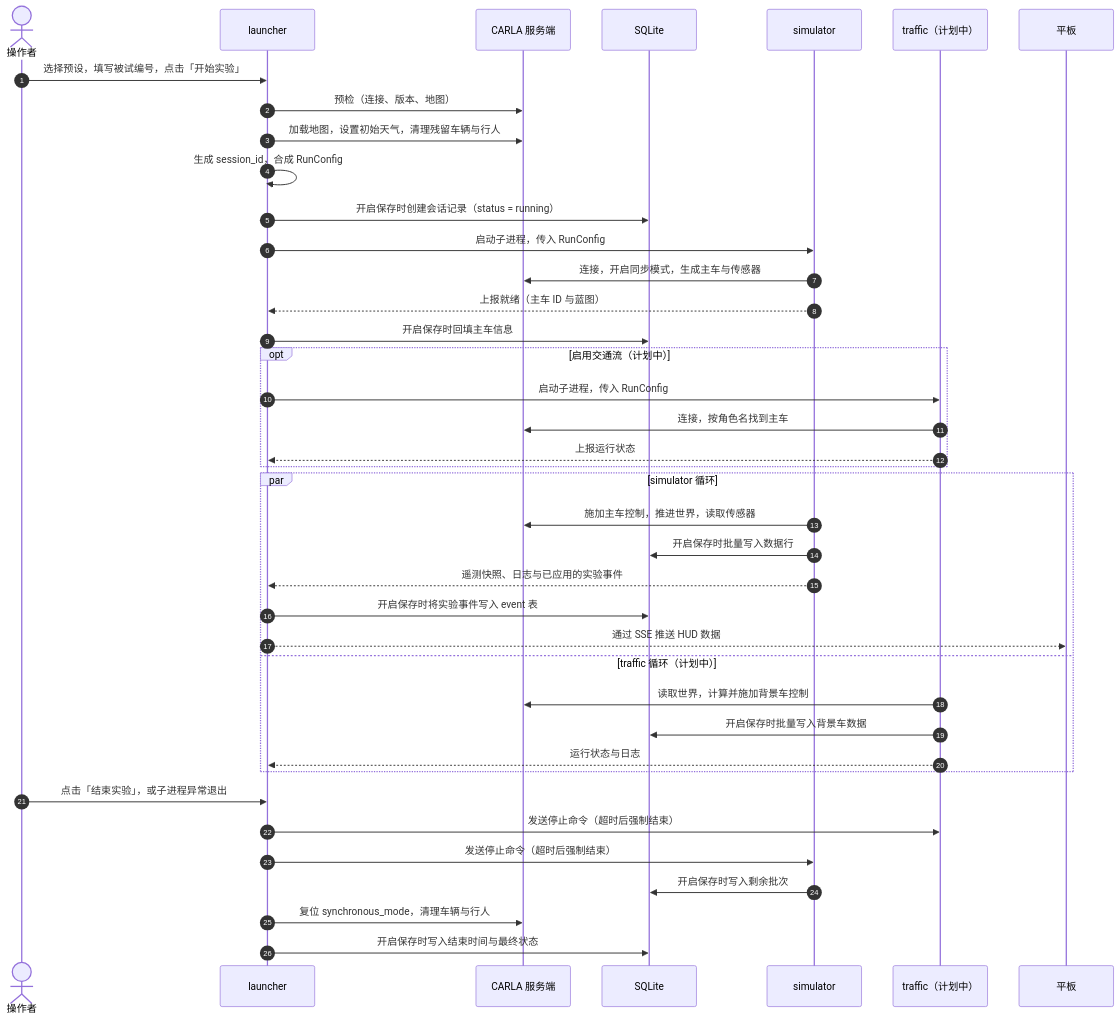
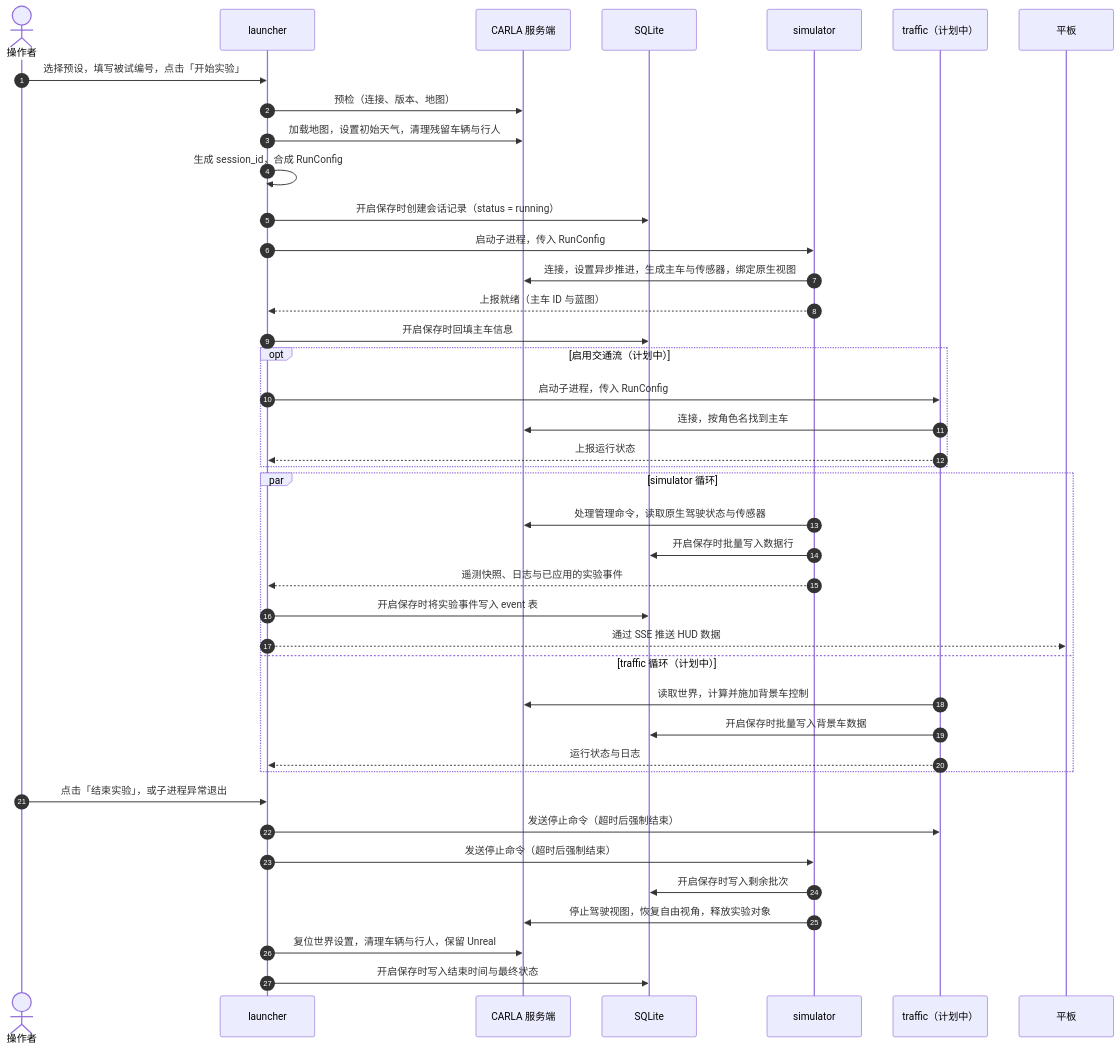
The third of 5 diagrams in docs/design/01-Architecture.md (ZiyuZ/DRISCA), drawn with Mermaid before and after one commit. The commit also changed other lines of this file and 12 other files, not shown here.

````diff
--- a/docs/design/01-Architecture.md
+++ b/docs/design/01-Architecture.md
@@ -126,46 +126,47 @@
 ```mermaid
 sequenceDiagram
     autonumber
     actor U as 操作者
     participant L as launcher
     participant C as CARLA 服务端
     participant D as SQLite
     participant S as simulator
     participant T as traffic（计划中）
     participant P as 平板
 
     U->>L: 选择预设，填写被试编号，点击「开始实验」
     L->>C: 预检（连接、版本、地图）
     L->>C: 加载地图，设置初始天气，清理残留车辆与行人
     L->>L: 生成 session_id，合成 RunConfig
     L->>D: 开启保存时创建会话记录（status = running）
     L->>S: 启动子进程，传入 RunConfig
-    S->>C: 连接，开启同步模式，生成主车与传感器
+    S->>C: 连接，设置异步推进，生成主车与传感器，绑定原生视图
     S-->>L: 上报就绪（主车 ID 与蓝图）
     L->>D: 开启保存时回填主车信息
 
     opt 启用交通流（计划中）
         L->>T: 启动子进程，传入 RunConfig
         T->>C: 连接，按角色名找到主车
         T-->>L: 上报运行状态
     end
 
     par simulator 循环
-        S->>C: 施加主车控制，推进世界，读取传感器
+        S->>C: 处理管理命令，读取原生驾驶状态与传感器
         S->>D: 开启保存时批量写入数据行
         S-->>L: 遥测快照、日志与已应用的实验事件
         L->>D: 开启保存时将实验事件写入 event 表
         L-->>P: 通过 SSE 推送 HUD 数据
     and traffic 循环（计划中）
         T->>C: 读取世界，计算并施加背景车控制
         T->>D: 开启保存时批量写入背景车数据
         T-->>L: 运行状态与日志
     end
 
     U->>L: 点击「结束实验」，或子进程异常退出
     L->>T: 发送停止命令（超时后强制结束）
     L->>S: 发送停止命令（超时后强制结束）
     S->>D: 开启保存时写入剩余批次
-    L->>C: 复位 synchronous_mode，清理车辆与行人
+    S->>C: 停止驾驶视图，恢复自由视角，释放实验对象
+    L->>C: 复位世界设置，清理车辆与行人，保留 Unreal
     L->>D: 开启保存时写入结束时间与最终状态
 ```
````
